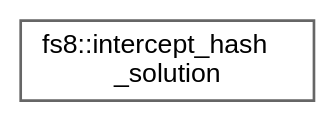
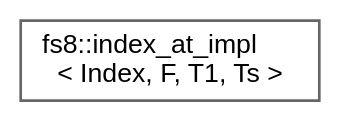
The diagram in api/inherit_graph_61.dot (the-moisrex/foresight), drawn with Graphviz before and after one commit. The commit also changed 160 other files, not shown here.

```diff
--- a/api/inherit_graph_61.dot
+++ b/api/inherit_graph_61.dot
@@ -1,9 +1,9 @@
 digraph "Graphical Class Hierarchy"
 {
  // LATEX_PDF_SIZE
   bgcolor="transparent";
   edge [fontname=Helvetica,fontsize=10,labelfontname=Helvetica,labelfontsize=10];
   node [fontname=Helvetica,fontsize=10,shape=box,height=0.2,width=0.4];
   rankdir="LR";
-  Node0 [id="Node000000",label="fs8::intercept_hash\l_solution",height=0.2,width=0.4,color="grey40", fillcolor="white", style="filled",URL="$structfs8_1_1intercept__hash__solution.html",tooltip=" "];
+  Node0 [id="Node000000",label="fs8::index_at_impl\l\< Index, F, T1, Ts \>",height=0.2,width=0.4,color="grey40", fillcolor="white", style="filled",URL="$structfs8_1_1index__at__impl.html",tooltip=" "];
 }
```
